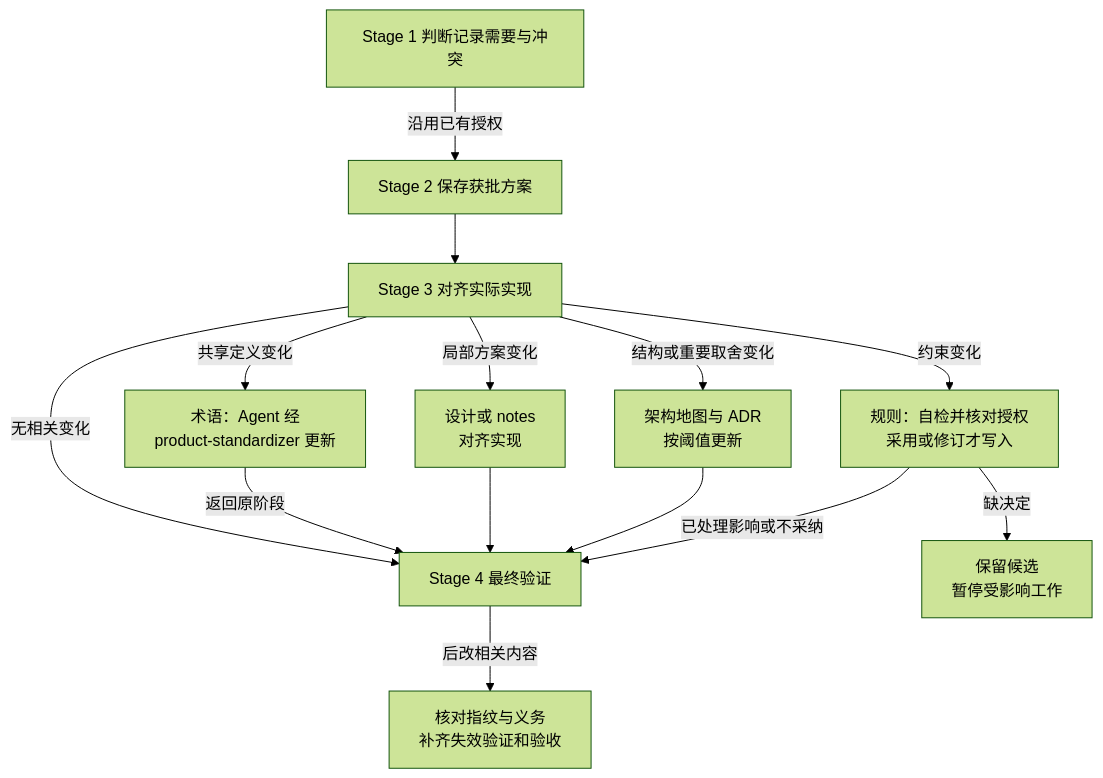
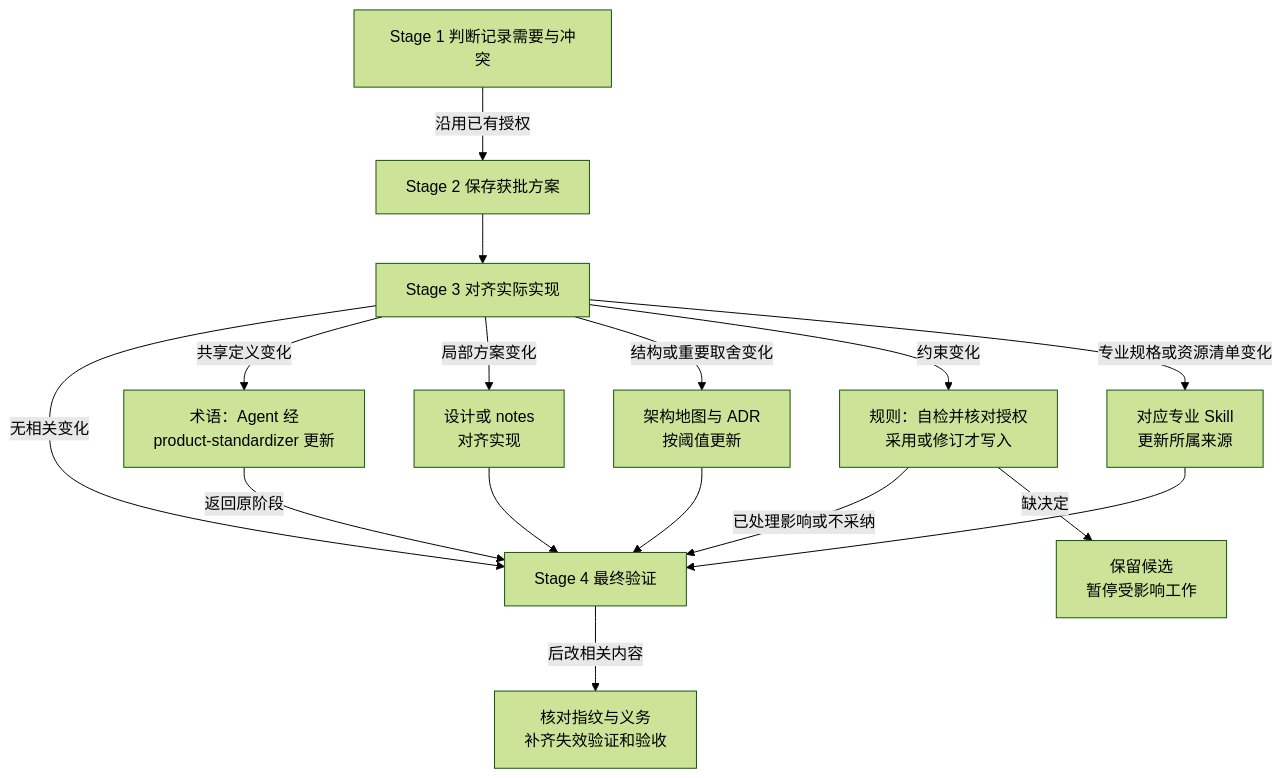
Before and after one commit to yxy823/Game_idle_yaya_frame: the third of 3 diagrams in framework/docs/blank-project/guides/feature-delivery.md, drawn with Mermaid (forest theme). The commit also changed other lines of this file and 57 other files, not shown here.

````diff
--- a/framework/docs/blank-project/guides/feature-delivery.md
+++ b/framework/docs/blank-project/guides/feature-delivery.md
@@ -136,16 +136,18 @@
 ```mermaid
 flowchart TD
     A[Stage 1 判断记录需要与冲突] -->|沿用已有授权| B[Stage 2 保存获批方案]
     B --> C[Stage 3 对齐实际实现]
     C -->|无相关变化| V[Stage 4 最终验证]
     C -->|共享定义变化| T[术语：Agent 经<br/>product-standardizer 更新]
     C -->|局部方案变化| D[设计或 notes<br/>对齐实现]
     C -->|结构或重要取舍变化| H[架构地图与 ADR<br/>按阈值更新]
     C -->|约束变化| R[规则：自检并核对授权<br/>采用或修订才写入]
+    C -->|专业规格或资源清单变化| S[对应专业 Skill<br/>更新所属来源]
     R -->|已处理影响或不采纳| V
     R -->|缺决定| P[保留候选<br/>暂停受影响工作]
     T -->|返回原阶段| V
     D --> V
     H --> V
+    S --> V
     V -->|后改相关内容| K[核对指纹与义务<br/>补齐失效验证和验收]
 ```
````
